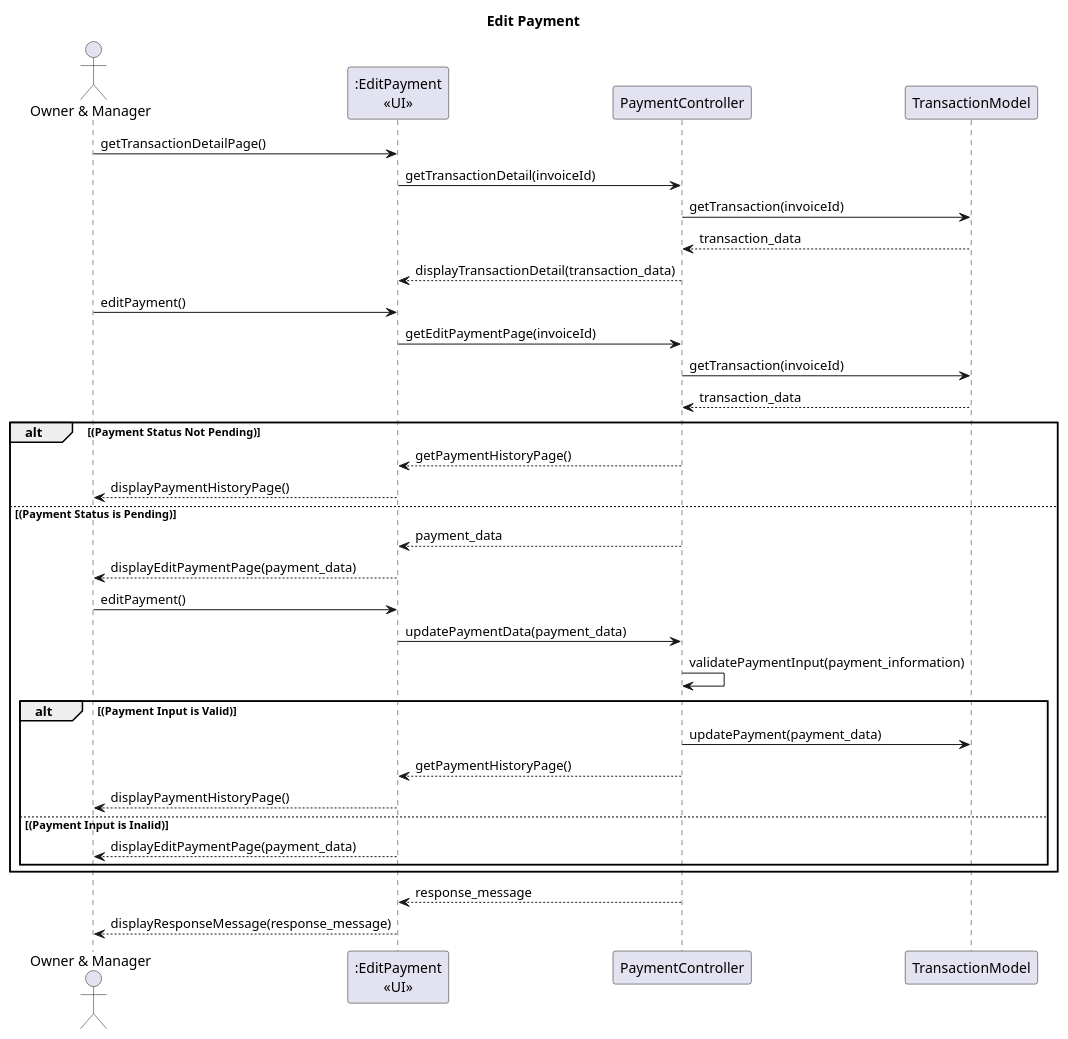
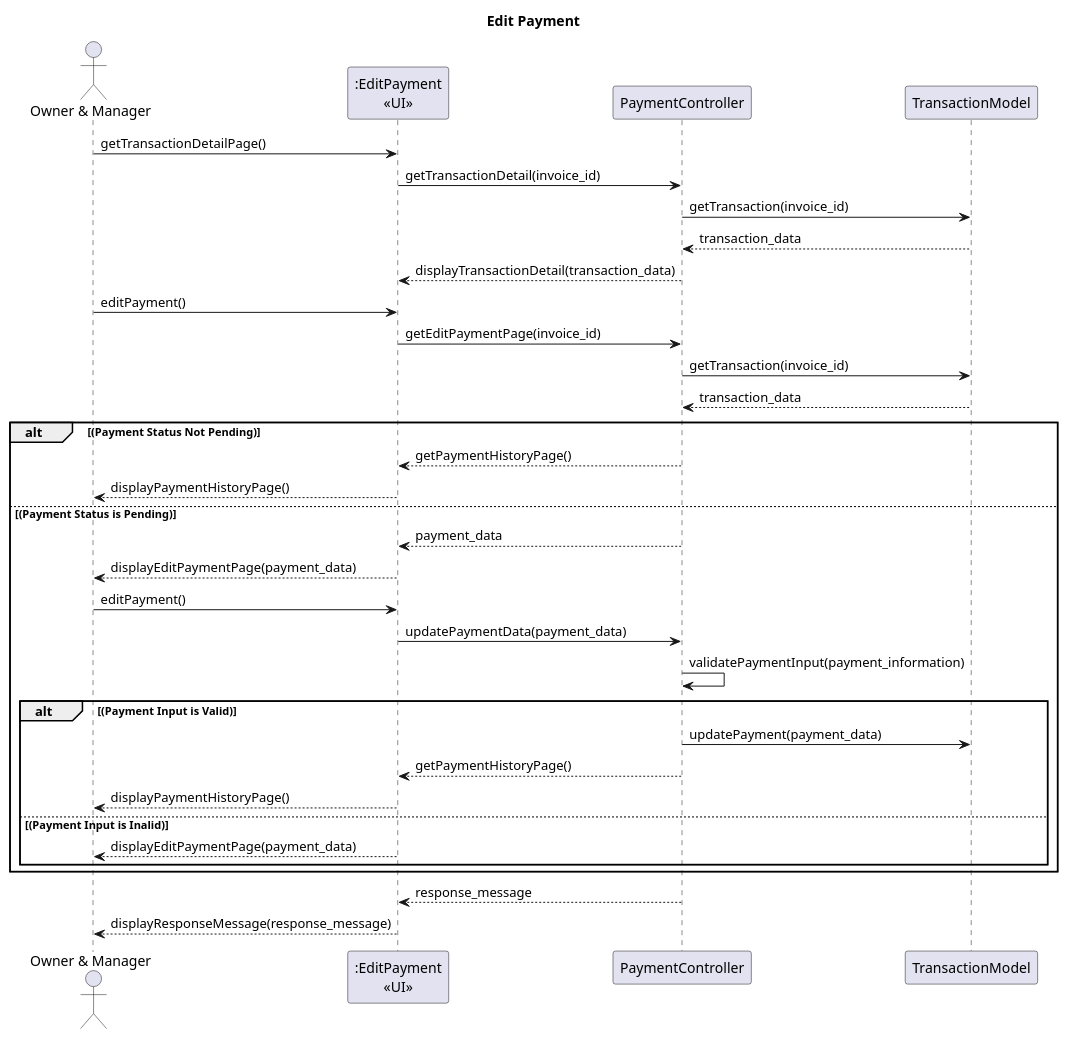
One commit to AntWort21/BHFMS changed the diagram in Design/BHFMS_SEQUENCE/Owner Manager/Payment/Edit Payment.puml. Above: the diagram before and after it, drawn with PlantUML. The commit also changed 8 other files, not shown here.

Commit message:
Add activty, sequence, use case

```diff
--- a/Design/BHFMS_SEQUENCE/Owner Manager/Payment/Edit Payment.puml
+++ b/Design/BHFMS_SEQUENCE/Owner Manager/Payment/Edit Payment.puml
@@ -1,42 +1,42 @@
 @startuml
 title Edit Payment
 actor "Owner & Manager" as act
 participant ":EditPayment\n<<UI>>" as view
 participant PaymentController as ctrl
 participant TransactionModel as tm
 
 act -> view : getTransactionDetailPage()
-view -> ctrl : getTransactionDetail(invoiceId)
-ctrl -> tm : getTransaction(invoiceId)
+view -> ctrl : getTransactionDetail(invoice_id)
+ctrl -> tm : getTransaction(invoice_id)
 ctrl <-- tm : transaction_data
 view <-- ctrl : displayTransactionDetail(transaction_data)
 
 act -> view : editPayment()
-view -> ctrl : getEditPaymentPage(invoiceId)
-ctrl -> tm : getTransaction(invoiceId)
+view -> ctrl : getEditPaymentPage(invoice_id)
+ctrl -> tm : getTransaction(invoice_id)
 ctrl <-- tm : transaction_data
 
 alt (Payment Status Not Pending)
     view <-- ctrl : getPaymentHistoryPage()
     act <-- view : displayPaymentHistoryPage() 
 else (Payment Status is Pending)
     view <-- ctrl : payment_data
     act <-- view : displayEditPaymentPage(payment_data) 
 
     act -> view : editPayment()
     view -> ctrl : updatePaymentData(payment_data)
     ctrl -> ctrl : validatePaymentInput(payment_information)
     alt (Payment Input is Valid)
         ctrl -> tm : updatePayment(payment_data)
     
         view <-- ctrl : getPaymentHistoryPage()
         act <-- view : displayPaymentHistoryPage()
     else (Payment Input is Inalid)
     
         act <-- view : displayEditPaymentPage(payment_data)
     end 
 end 
 view <-- ctrl : response_message
 act <-- view : displayResponseMessage(response_message)
 
 @enduml
```
